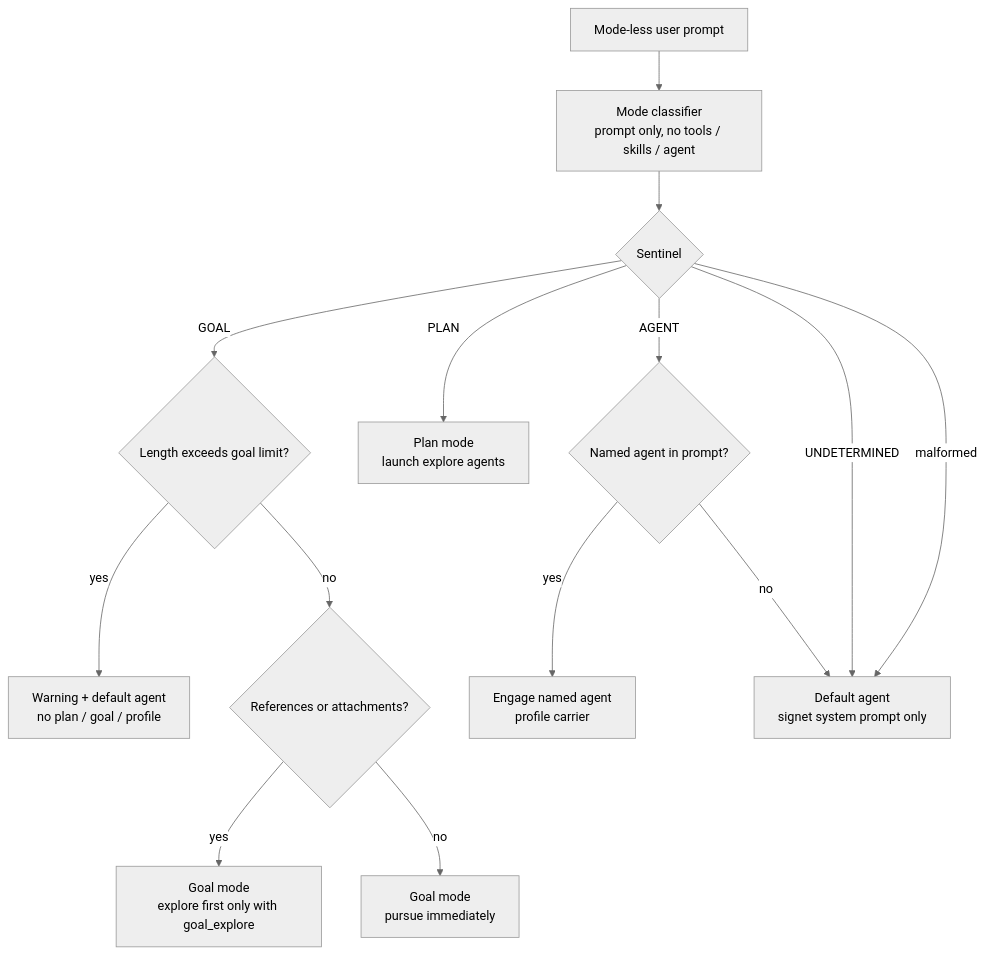
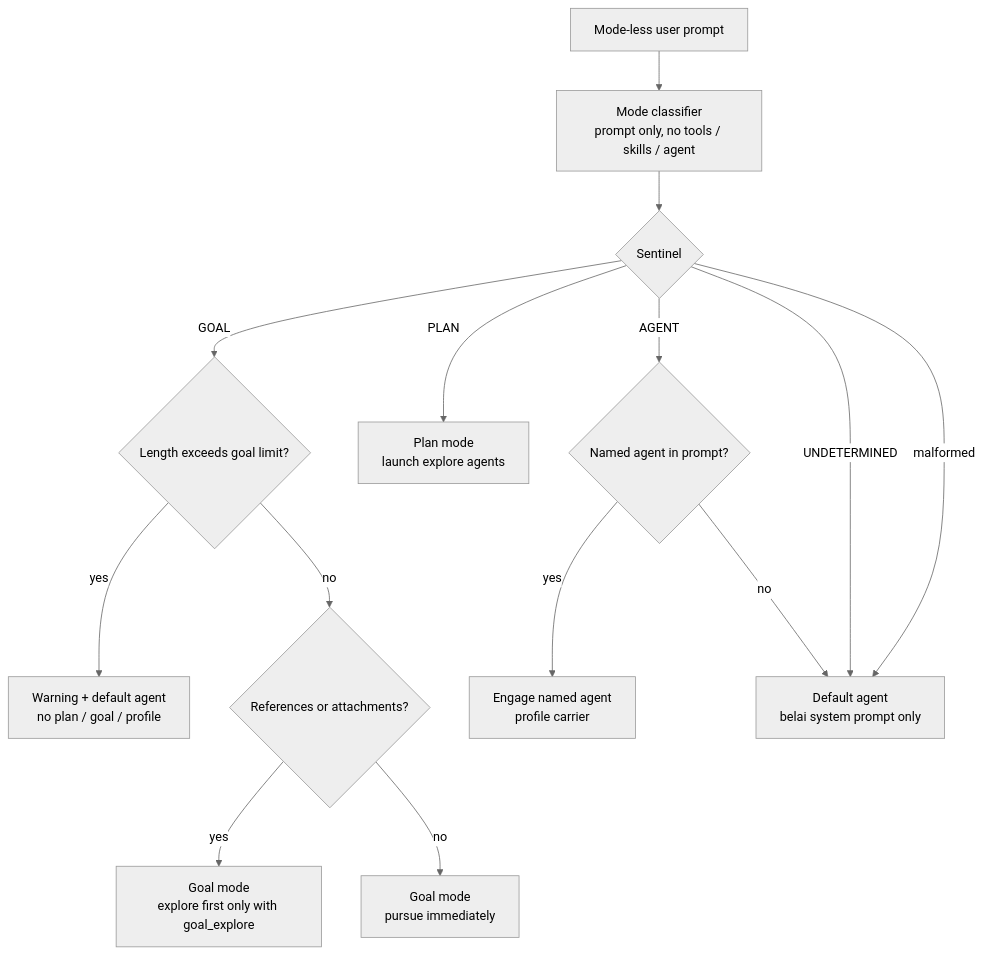
Before and after one commit to Vulnetix/belai: the sixth of 9 diagrams in docs/role-manager.md, drawn with Mermaid (neutral theme). The commit also changed other lines of this file and 645 other files, not shown here.

First line of the commit message:
chore: rename Signet to Belai

````diff
--- a/docs/role-manager.md
+++ b/docs/role-manager.md
@@ -1137,16 +1137,16 @@
 ```mermaid
 flowchart TD
     Prompt[Mode-less user prompt] --> Cls[Mode classifier<br/>prompt only, no tools / skills / agent]
     Cls --> S{Sentinel}
     S -->|GOAL| Len{Length exceeds goal limit?}
     Len -->|yes| WarnAgent[Warning + default agent<br/>no plan / goal / profile]
     Len -->|no| Ref{References or attachments?}
     Ref -->|yes| GoalExplore[Goal mode<br/>explore first only with goal_explore]
     Ref -->|no| GoalPursue[Goal mode<br/>pursue immediately]
     S -->|PLAN| PlanExplore[Plan mode<br/>launch explore agents]
     S -->|AGENT| Named{Named agent in prompt?}
     Named -->|yes| Engage[Engage named agent<br/>profile carrier]
-    Named -->|no| DefaultAgent[Default agent<br/>signet system prompt only]
+    Named -->|no| DefaultAgent[Default agent<br/>belai system prompt only]
     S -->|UNDETERMINED| DefaultAgent
     S -->|malformed| DefaultAgent
 ```
````
